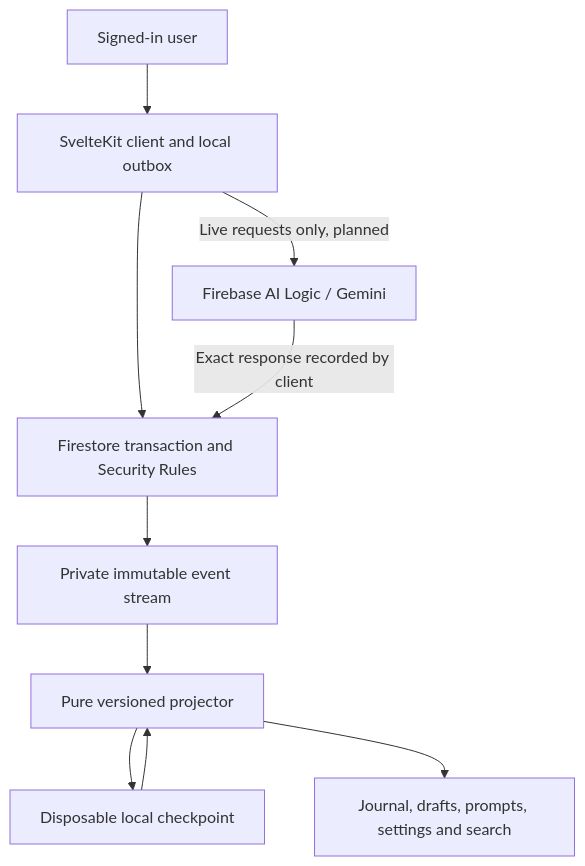
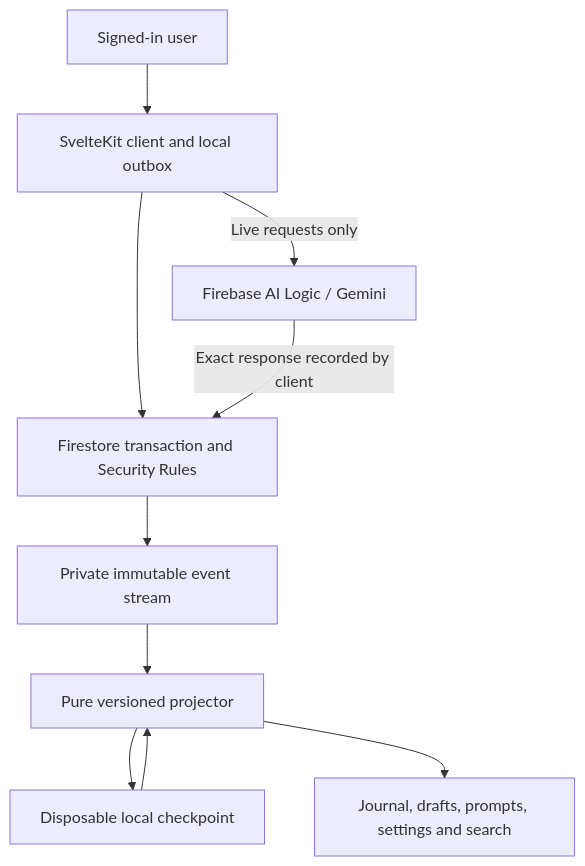
Before and after one commit to DrBrrl/gratitude: the diagram in MVP_DESIGN.md, drawn with Mermaid. The commit also changed other lines of this file and 409 other files, not shown here.

````diff
--- a/MVP_DESIGN.md
+++ b/MVP_DESIGN.md
@@ -47,12 +47,12 @@
 ```mermaid
 flowchart TD
   User[Signed-in user] --> Client[SvelteKit client and local outbox]
   Client --> Transaction[Firestore transaction and Security Rules]
   Transaction --> Stream[Private immutable event stream]
-  Client -->|Live requests only, planned| AI[Firebase AI Logic / Gemini]
+  Client -->|Live requests only| AI[Firebase AI Logic / Gemini]
   AI -->|Exact response recorded by client| Transaction
   Stream --> Projector[Pure versioned projector]
   Cache[Disposable local checkpoint] --> Projector
   Projector --> Cache
   Projector --> UI[Journal, drafts, prompts, settings and search]
 ```
````
